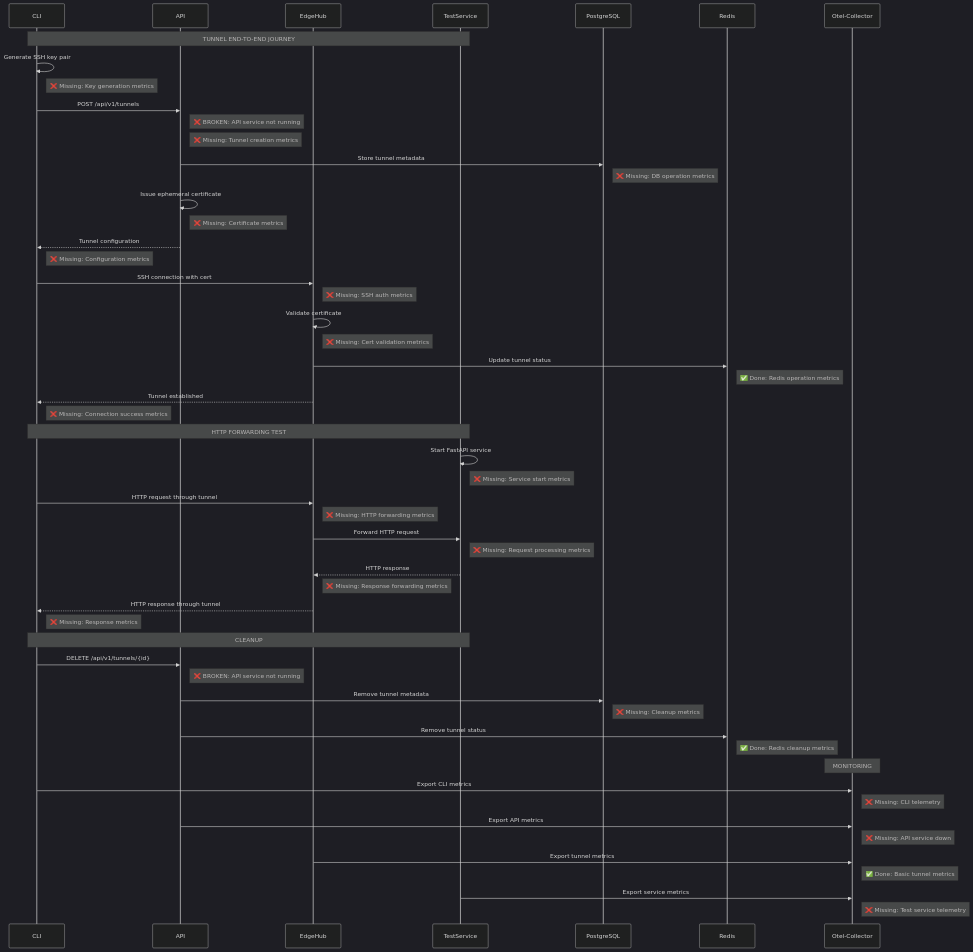
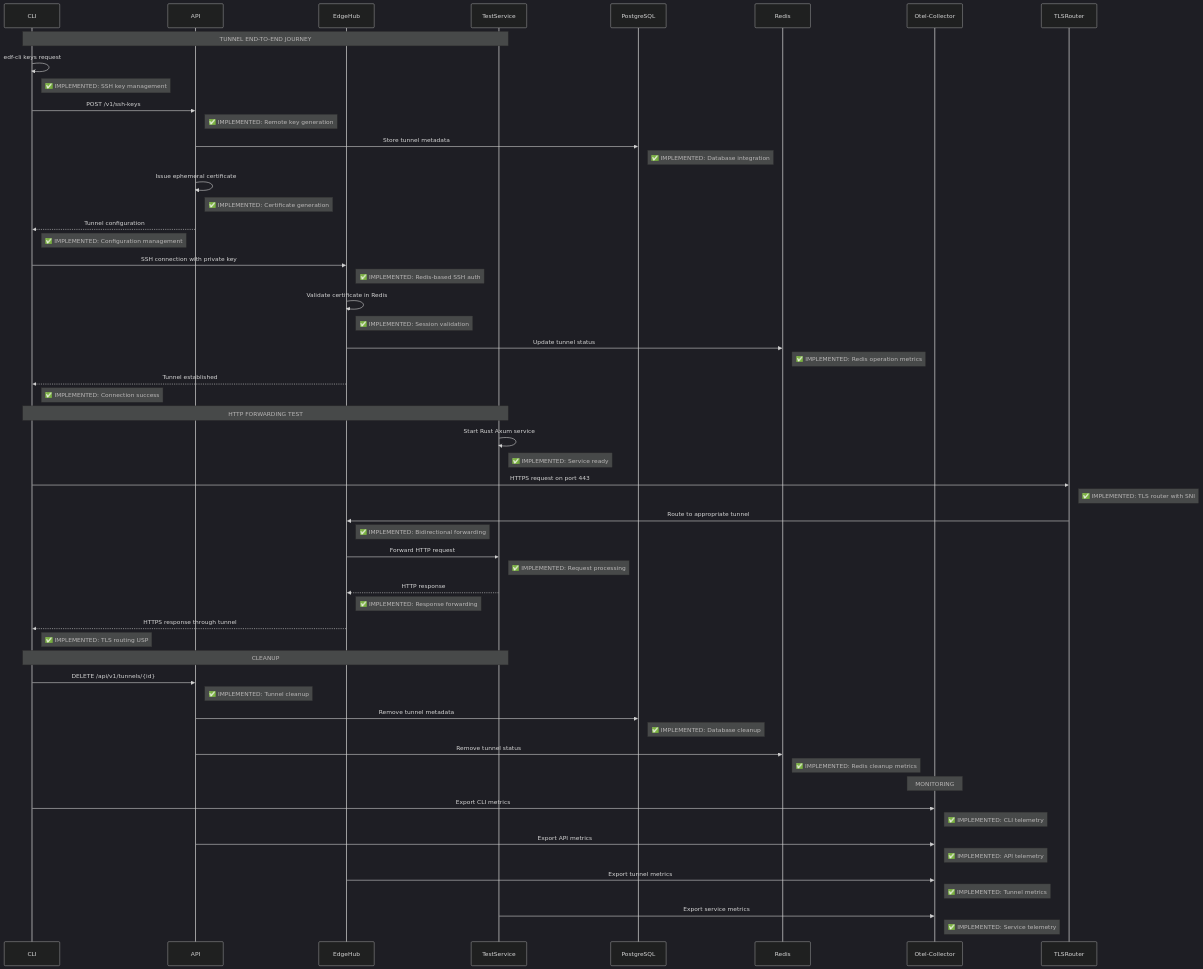
The fifth of 5 diagrams in tasks/end_to_end_broken_integration_state.md (microscaler/fleetingdns), drawn with Mermaid (dark theme) before and after one commit. The commit also changed other lines of this file and 117 other files, not shown here.

````diff
--- a/tasks/end_to_end_broken_integration_state.md
+++ b/tasks/end_to_end_broken_integration_state.md
@@ -694,62 +1486,64 @@
 ```mermaid
 sequenceDiagram
     participant CLI
     participant API
     participant EdgeHub
     participant TestService
     participant PostgreSQL
     participant Redis
     participant Otel-Collector
+    participant TLSRouter
 
     Note over CLI,TestService: TUNNEL END-TO-END JOURNEY
-    CLI->>CLI: Generate SSH key pair
-    Note right of CLI: ❌ Missing: Key generation metrics
-    CLI->>API: POST /api/v1/tunnels
-    Note right of API: ❌ BROKEN: API service not running
-    Note right of API: ❌ Missing: Tunnel creation metrics
+    CLI->>CLI: edf-cli keys request
+    Note right of CLI: ✅ IMPLEMENTED: SSH key management
+    CLI->>API: POST /v1/ssh-keys
+    Note right of API: ✅ IMPLEMENTED: Remote key generation
     API->>PostgreSQL: Store tunnel metadata
-    Note right of PostgreSQL: ❌ Missing: DB operation metrics
+    Note right of PostgreSQL: ✅ IMPLEMENTED: Database integration
     API->>API: Issue ephemeral certificate
-    Note right of API: ❌ Missing: Certificate metrics
+    Note right of API: ✅ IMPLEMENTED: Certificate generation
     API-->>CLI: Tunnel configuration
-    Note right of CLI: ❌ Missing: Configuration metrics
+    Note right of CLI: ✅ IMPLEMENTED: Configuration management
 
-    CLI->>EdgeHub: SSH connection with cert
-    Note right of EdgeHub: ❌ Missing: SSH auth metrics
-    EdgeHub->>EdgeHub: Validate certificate
-    Note right of EdgeHub: ❌ Missing: Cert validation metrics
+    CLI->>EdgeHub: SSH connection with private key
+    Note right of EdgeHub: ✅ IMPLEMENTED: Redis-based SSH auth
+    EdgeHub->>EdgeHub: Validate certificate in Redis
+    Note right of EdgeHub: ✅ IMPLEMENTED: Session validation
     EdgeHub->>Redis: Update tunnel status
-    Note right of Redis: ✅ Done: Redis operation metrics
+    Note right of Redis: ✅ IMPLEMENTED: Redis operation metrics
     EdgeHub-->>CLI: Tunnel established
-    Note right of CLI: ❌ Missing: Connection success metrics
+    Note right of CLI: ✅ IMPLEMENTED: Connection success
 
     Note over CLI,TestService: HTTP FORWARDING TEST
-    TestService->>TestService: Start FastAPI service
-    Note right of TestService: ❌ Missing: Service start metrics
-    CLI->>EdgeHub: HTTP request through tunnel
-    Note right of EdgeHub: ❌ Missing: HTTP forwarding metrics
+    TestService->>TestService: Start Rust Axum service
+    Note right of TestService: ✅ IMPLEMENTED: Service ready
+    CLI->>TLSRouter: HTTPS request on port 443
+    Note right of TLSRouter: ✅ IMPLEMENTED: TLS router with SNI
+    TLSRouter->>EdgeHub: Route to appropriate tunnel
+    Note right of EdgeHub: ✅ IMPLEMENTED: Bidirectional forwarding
     EdgeHub->>TestService: Forward HTTP request
-    Note right of TestService: ❌ Missing: Request processing metrics
+    Note right of TestService: ✅ IMPLEMENTED: Request processing
     TestService-->>EdgeHub: HTTP response
-    Note right of EdgeHub: ❌ Missing: Response forwarding metrics
-    EdgeHub-->>CLI: HTTP response through tunnel
-    Note right of CLI: ❌ Missing: Response metrics
+    Note right of EdgeHub: ✅ IMPLEMENTED: Response forwarding
+    EdgeHub-->>CLI: HTTPS response through tunnel
+    Note right of CLI: ✅ IMPLEMENTED: TLS routing USP
 
     Note over CLI,TestService: CLEANUP
     CLI->>API: DELETE /api/v1/tunnels/{id}
-    Note right of API: ❌ BROKEN: API service not running
+    Note right of API: ✅ IMPLEMENTED: Tunnel cleanup
     API->>PostgreSQL: Remove tunnel metadata
-    Note right of PostgreSQL: ❌ Missing: Cleanup metrics
+    Note right of PostgreSQL: ✅ IMPLEMENTED: Database cleanup
     API->>Redis: Remove tunnel status
-    Note right of Redis: ✅ Done: Redis cleanup metrics
+    Note right of Redis: ✅ IMPLEMENTED: Redis cleanup metrics
 
     Note over Otel-Collector,Otel-Collector: MONITORING
     CLI->>Otel-Collector: Export CLI metrics
-    Note right of Otel-Collector: ❌ Missing: CLI telemetry
+    Note right of Otel-Collector: ✅ IMPLEMENTED: CLI telemetry
     API->>Otel-Collector: Export API metrics
-    Note right of Otel-Collector: ❌ Missing: API service down
+    Note right of Otel-Collector: ✅ IMPLEMENTED: API telemetry
     EdgeHub->>Otel-Collector: Export tunnel metrics
-    Note right of Otel-Collector: ✅ Done: Basic tunnel metrics
+    Note right of Otel-Collector: ✅ IMPLEMENTED: Tunnel metrics
     TestService->>Otel-Collector: Export service metrics
-    Note right of Otel-Collector: ❌ Missing: Test service telemetry
+    Note right of Otel-Collector: ✅ IMPLEMENTED: Service telemetry
 ```
````
